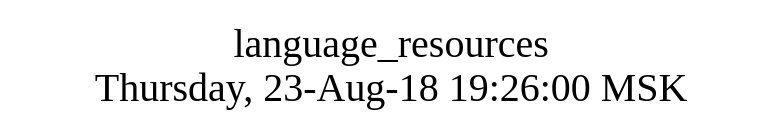
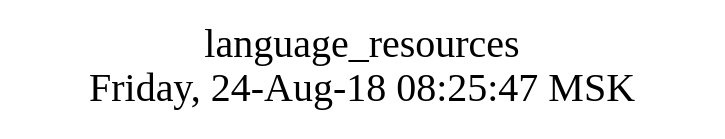
Before and after one commit to AlexZeDim/apps: the diagram in src/language_resources/struct.dot, drawn with Graphviz. The commit also changed 5 other files, not shown here.

```diff
--- a/src/language_resources/struct.dot
+++ b/src/language_resources/struct.dot
@@ -1,10 +1,10 @@
 digraph G {
 graph [
   fontsize="24";
-  label="language_resources\nThursday, 23-Aug-18 19:26:00 MSK";
+  label="language_resources\nFriday, 24-Aug-18 08:25:47 MSK";
   nojustify=true;
   ordering=out;
   rankdir=LR;
   size="30";
 ];
 }
```
